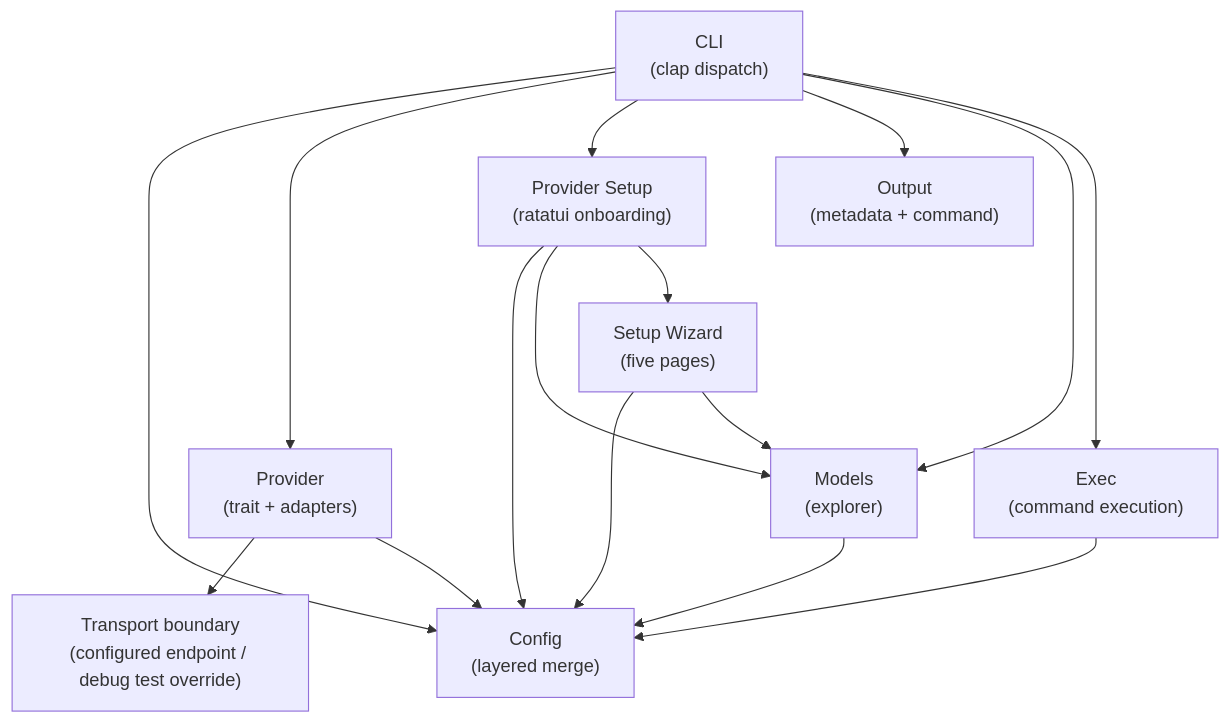
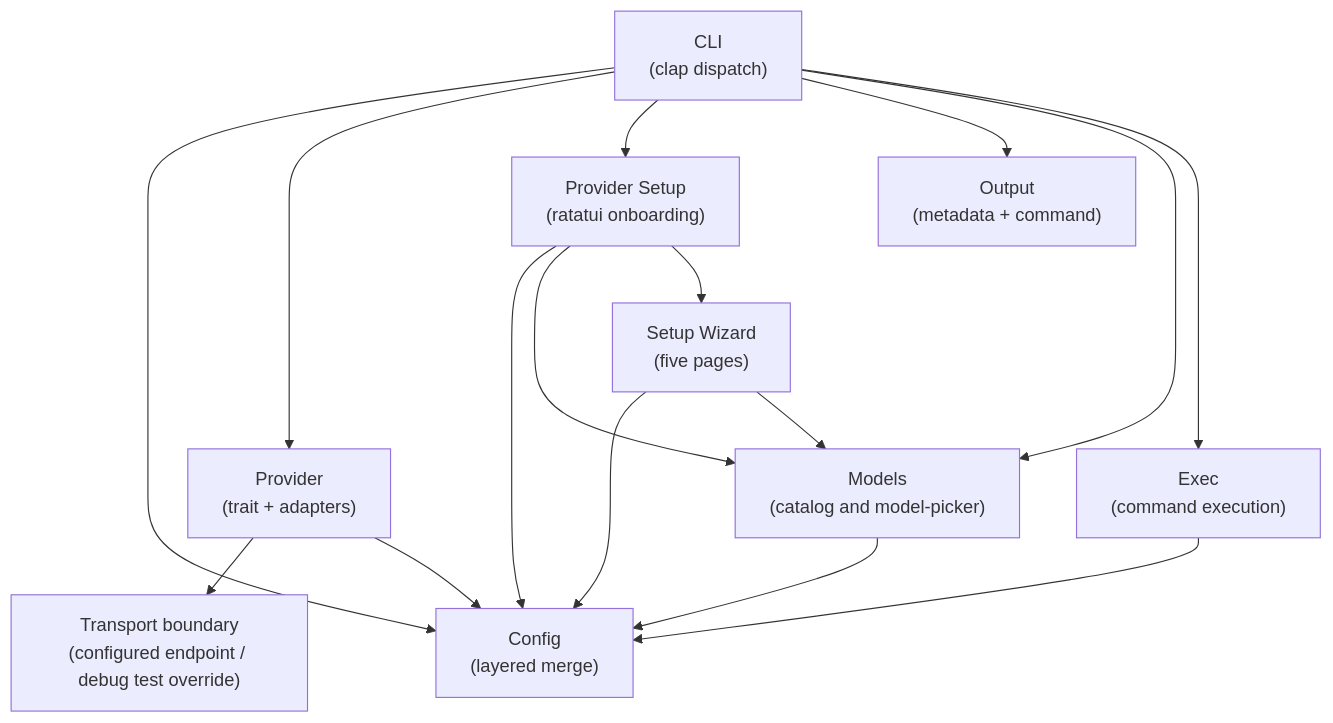
Before and after one commit to buster/watn: the diagram in docs/arc42/05-building-block-view.md, drawn with Mermaid. The commit also changed other lines of this file and 27 other files, not shown here.

````diff
--- a/docs/arc42/05-building-block-view.md
+++ b/docs/arc42/05-building-block-view.md
@@ -5,28 +5,28 @@
 ```mermaid
 graph TB
     CLI["CLI<br/>(clap dispatch)"]
     Config["Config<br/>(layered merge)"]
     Provider["Provider<br/>(trait + adapters)"]
     Transport["Transport boundary<br/>(configured endpoint / debug test override)"]
     Setup["Provider Setup<br/>(ratatui onboarding)"]
     Wizard["Setup Wizard<br/>(five pages)"]
     Output["Output<br/>(metadata + command)"]
-    Models["Models<br/>(explorer)"]
+    Models["Models<br/>(catalog and model-picker)"]
     Exec["Exec<br/>(command execution)"]
 
     CLI --> Config
     CLI --> Provider
     Provider --> Transport
     CLI --> Setup
     CLI --> Output
     CLI --> Models
     CLI --> Exec
     Provider --> Config
     Models --> Config
     Setup --> Config
     Setup --> Models
     Setup --> Wizard
     Wizard --> Config
     Wizard --> Models
     Exec --> Config
 ```
````
